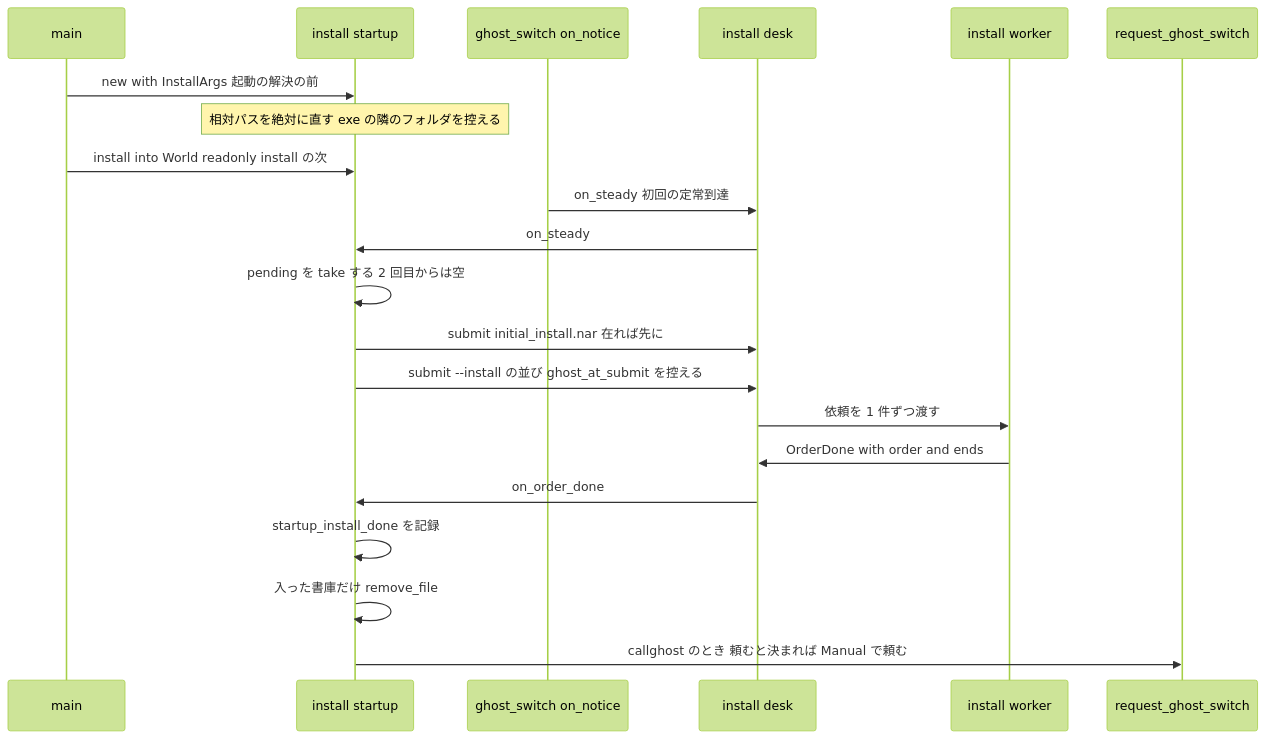
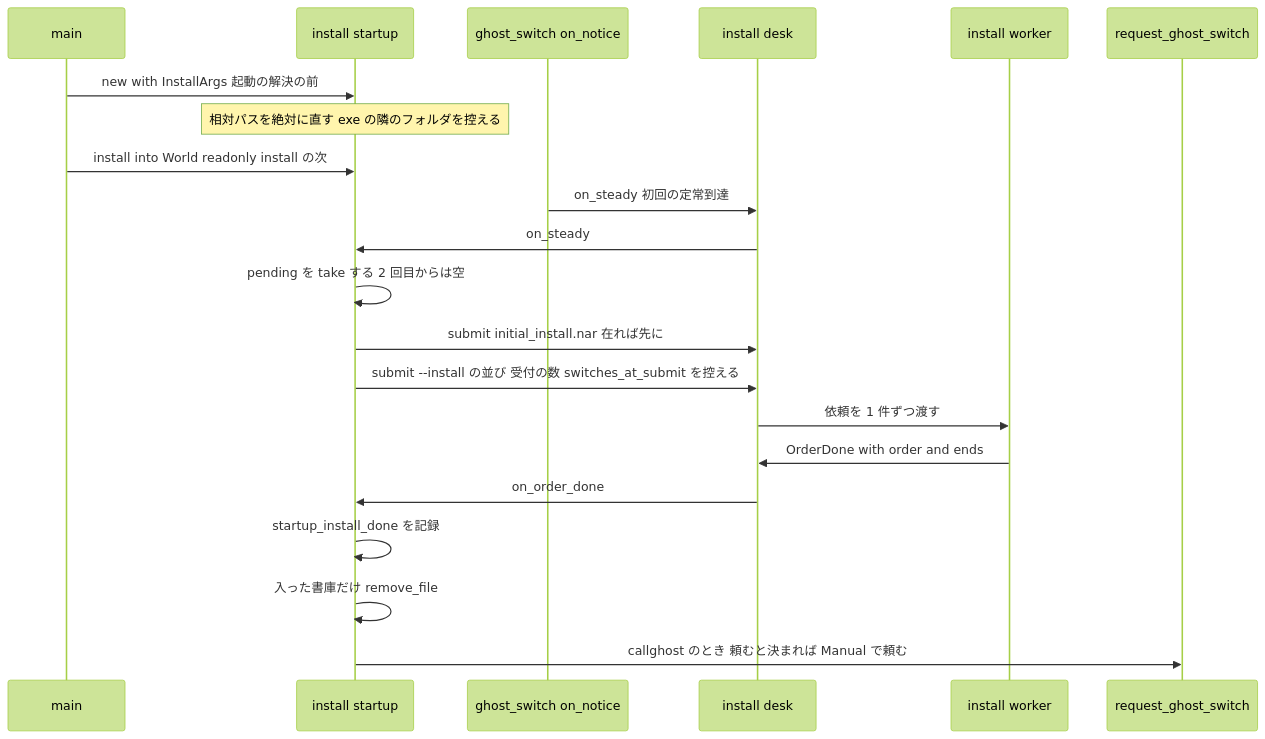
The second of 3 diagrams in .kiro/specs/startup-install-option/design.md (ekicyou/areka), drawn with Mermaid (forest theme) before and after one commit. The commit also changed other lines of this file and 2 other files, not shown here.

Commit message:
docs(startup-install-option): 全設計議題を推奨案で確定

````diff
--- a/.kiro/specs/startup-install-option/design.md
+++ b/.kiro/specs/startup-install-option/design.md
@@ -151,23 +160,23 @@
 ```mermaid
 sequenceDiagram
     participant Main as main
     participant Startup as install startup
     participant Notice as ghost_switch on_notice
     participant Desk as install desk
     participant Worker as install worker
     participant Switch as request_ghost_switch
     Main->>Startup: new with InstallArgs 起動の解決の前
     Note over Startup: 相対パスを絶対に直す exe の隣のフォルダを控える
     Main->>Startup: install into World readonly install の次
     Notice->>Desk: on_steady 初回の定常到達
     Desk->>Startup: on_steady
     Startup->>Startup: pending を take する 2 回目からは空
     Startup->>Desk: submit initial_install.nar 在れば先に
-    Startup->>Desk: submit --install の並び ghost_at_submit を控える
+    Startup->>Desk: submit --install の並び 受付の数 switches_at_submit を控える
     Desk->>Worker: 依頼を 1 件ずつ渡す
     Worker->>Desk: OrderDone with order and ends
     Desk->>Startup: on_order_done
     Startup->>Startup: startup_install_done を記録
     Startup->>Startup: 入った書庫だけ remove_file
     Startup->>Switch: callghost のとき 頼むと決まれば Manual で頼む
 ```
````
